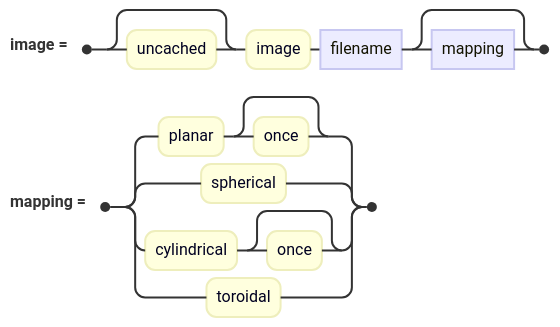
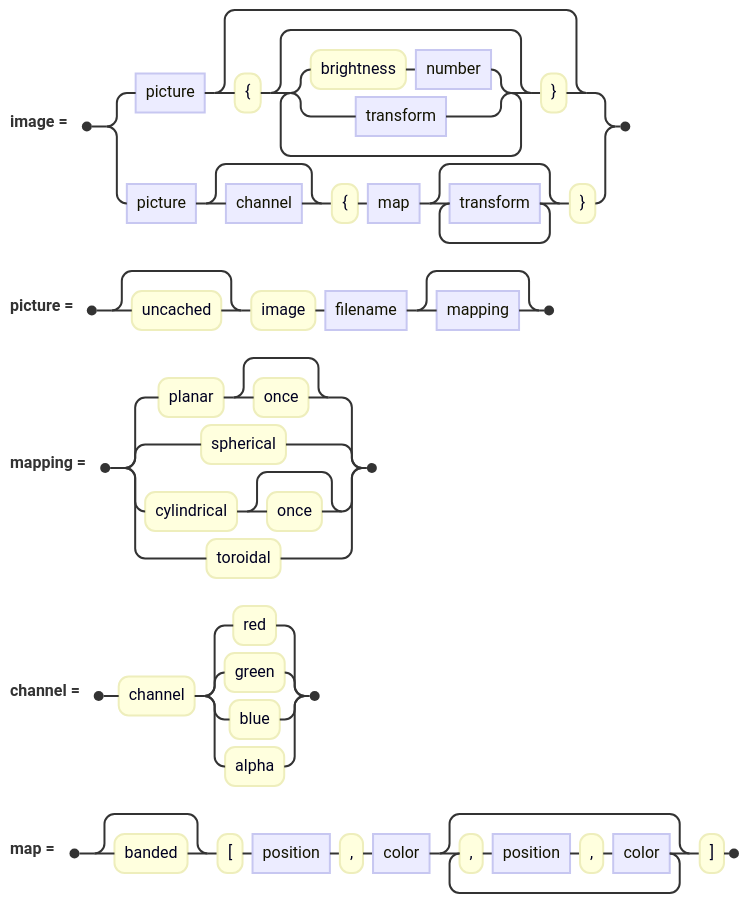
The diagram in docs/diagrams/pigments/imageClause.mmd (jskress/RayTracer), drawn with Mermaid before and after one commit. The commit also changed 47 other files, not shown here.

```diff
--- a/docs/diagrams/pigments/imageClause.mmd
+++ b/docs/diagrams/pigments/imageClause.mmd
@@ -1,6 +1,13 @@
 railroad-ebnf-beta
 title "An image pigment"
 
-image = [ "uncached" ] "image" filename [ mapping ] ;
+image = picture [ "{" { "brightness" number | transform } "}" ]
+      | picture [ channel ] "{" map { transform } "}" ;
+
+picture = [ "uncached" ] "image" filename [ mapping ] ;
 
 mapping = "planar" [ "once" ] | "spherical" | "cylindrical" [ "once" ] | "toroidal" ;
+
+channel = "channel" ( "red" | "green" | "blue" | "alpha" ) ;
+
+map = [ "banded" ] "[" position "," color { "," position "," color } "]" ;
```
